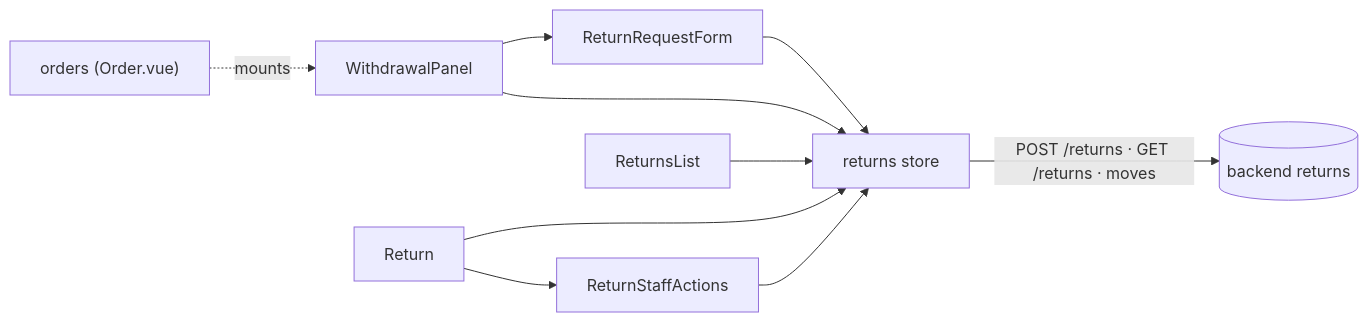
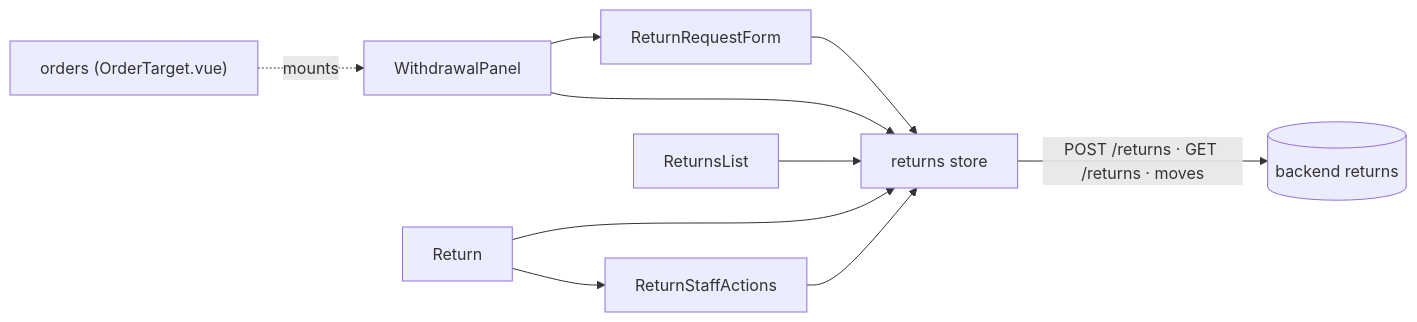
The first of 3 diagrams in docs/modules/returns.md (Guebbit/boilerplate-vue-frontend), drawn with Mermaid before and after one commit. The commit also changed 45 other files, not shown here.

````diff
--- a/docs/modules/returns.md
+++ b/docs/modules/returns.md
@@ -36,12 +36,12 @@
 ```mermaid
 flowchart LR
-    orders["orders (Order.vue)"] -.->|mounts| panel["WithdrawalPanel"]
+    orders["orders (OrderTarget.vue)"] -.->|mounts| panel["WithdrawalPanel"]
     panel --> form["ReturnRequestForm"]
     form --> store["returns store"]
     panel --> store
     list["ReturnsList"] --> store
     detail["Return"] --> store
     detail --> staff["ReturnStaffActions"]
     staff --> store
     store -->|"POST /returns · GET /returns · moves"| api[("backend returns")]
 ```
````
